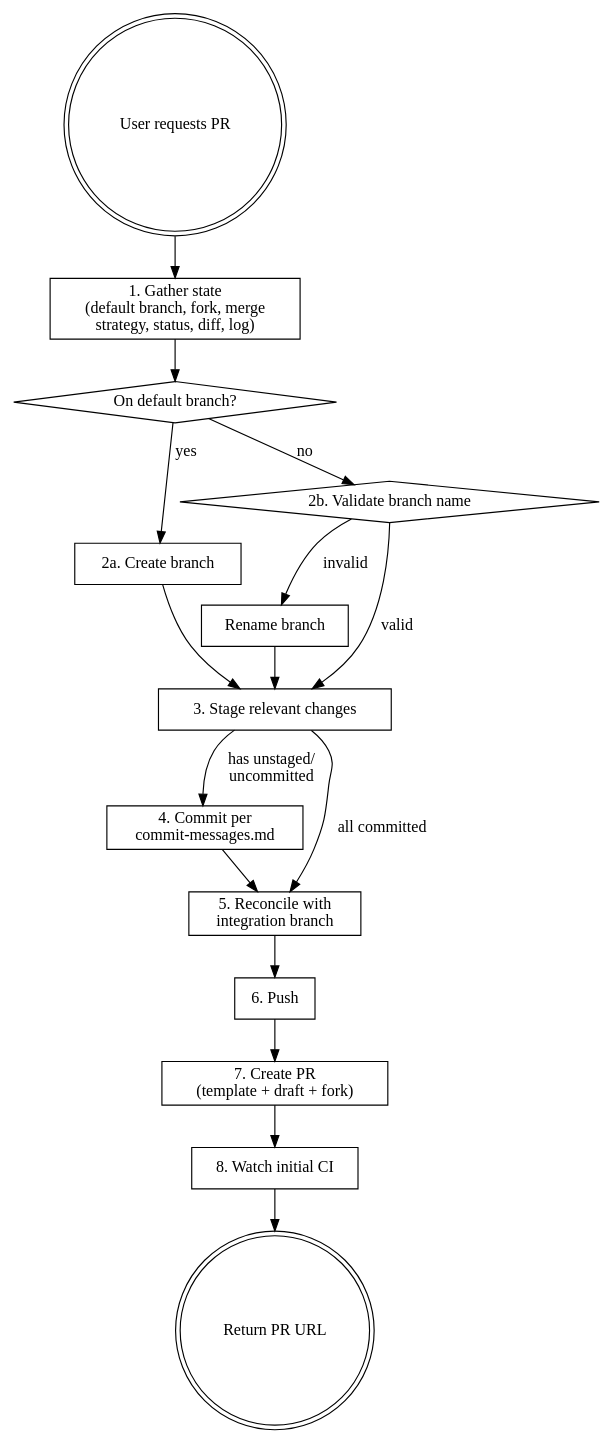
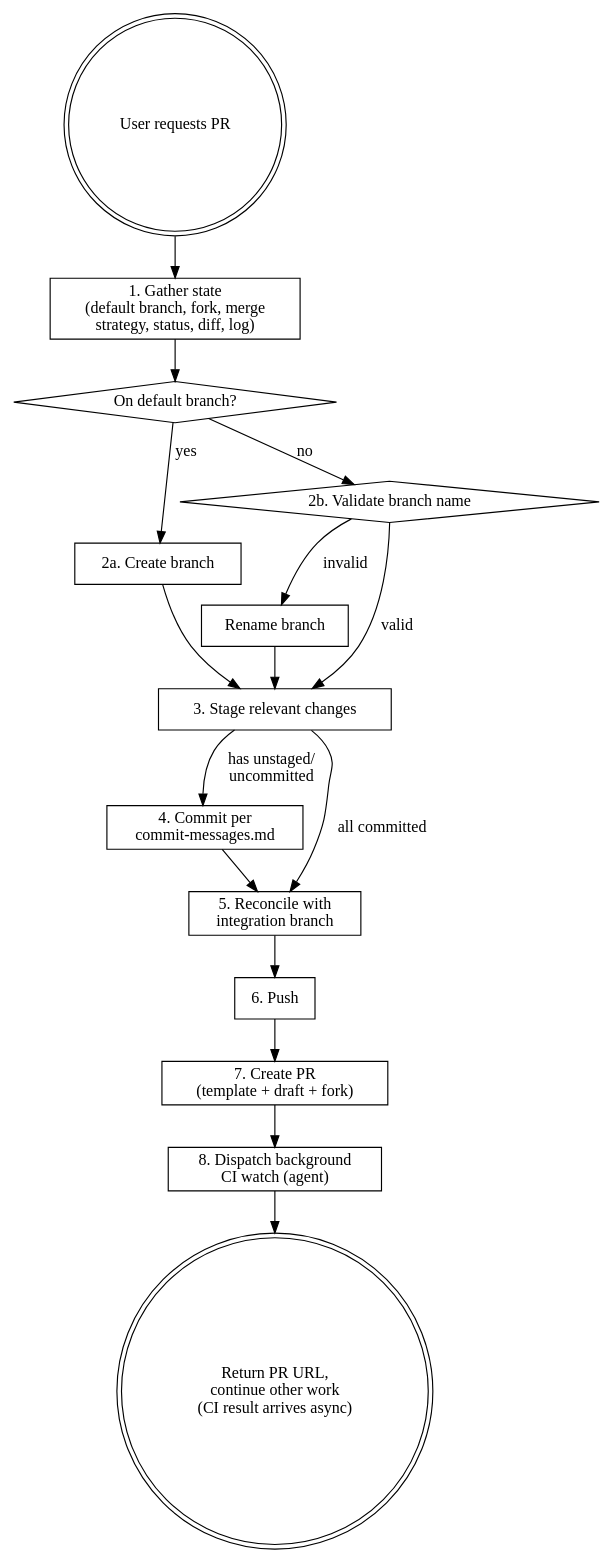
One commit to agnlez/dotfiles changed the diagram in claude/skills/github-pull-request/SKILL.md. Above: the diagram before and after it, drawn with Graphviz. The commit also changed other lines of this file, not shown here.

First line of the commit message:
feat(claude): watch PR CI from a background agent in PR skill

````diff
--- a/claude/skills/github-pull-request/SKILL.md
+++ b/claude/skills/github-pull-request/SKILL.md
@@ -16,36 +16,36 @@
 ```dot
 digraph pr_flow {
   rankdir=TB;
   node [shape=box];
 
   start [label="User requests PR" shape=doublecircle];
   gather [label="1. Gather state\n(default branch, fork, merge\nstrategy, status, diff, log)"];
   on_default [label="On default branch?" shape=diamond];
   create_branch [label="2a. Create branch"];
   check_name [label="2b. Validate branch name" shape=diamond];
   rename [label="Rename branch"];
   stage [label="3. Stage relevant changes"];
   commit [label="4. Commit per\ncommit-messages.md"];
   reconcile [label="5. Reconcile with\nintegration branch"];
   push [label="6. Push"];
   create_pr [label="7. Create PR\n(template + draft + fork)"];
-  watch_ci [label="8. Watch initial CI"];
-  done [label="Return PR URL" shape=doublecircle];
+  watch_ci [label="8. Dispatch background\nCI watch (agent)"];
+  done [label="Return PR URL,\ncontinue other work\n(CI result arrives async)" shape=doublecircle];
 
   start -> gather;
   gather -> on_default;
   on_default -> create_branch [label="yes"];
   on_default -> check_name [label="no"];
   create_branch -> stage;
   check_name -> rename [label="invalid"];
   check_name -> stage [label="valid"];
   rename -> stage;
   stage -> commit [label="has unstaged/\nuncommitted"];
   stage -> reconcile [label="all committed"];
   commit -> reconcile;
   reconcile -> push;
   push -> create_pr;
   create_pr -> watch_ci;
   watch_ci -> done;
 }
 ```
````
